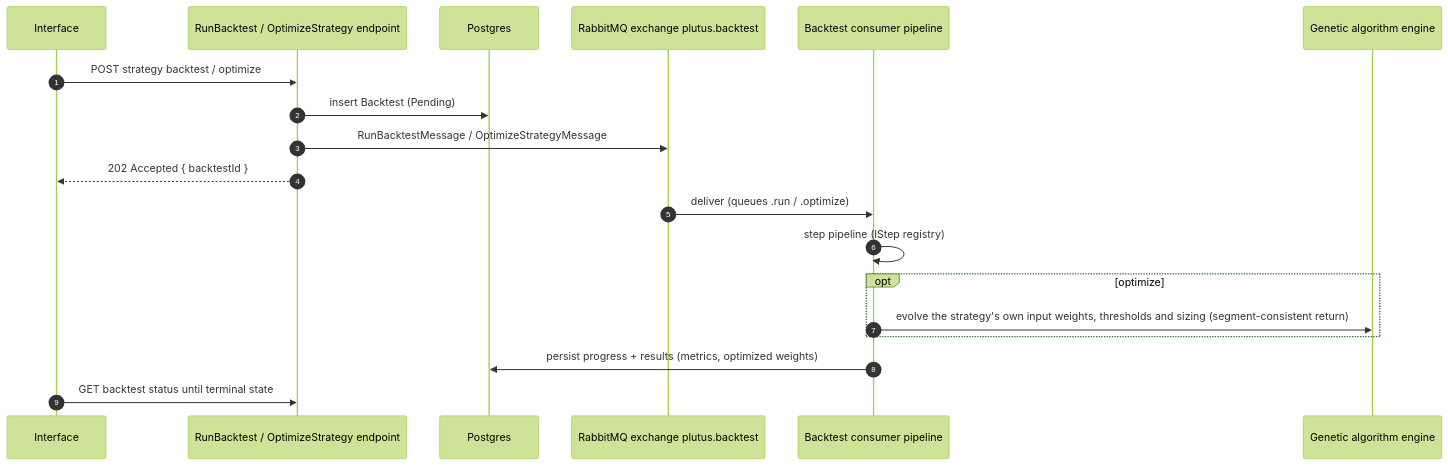
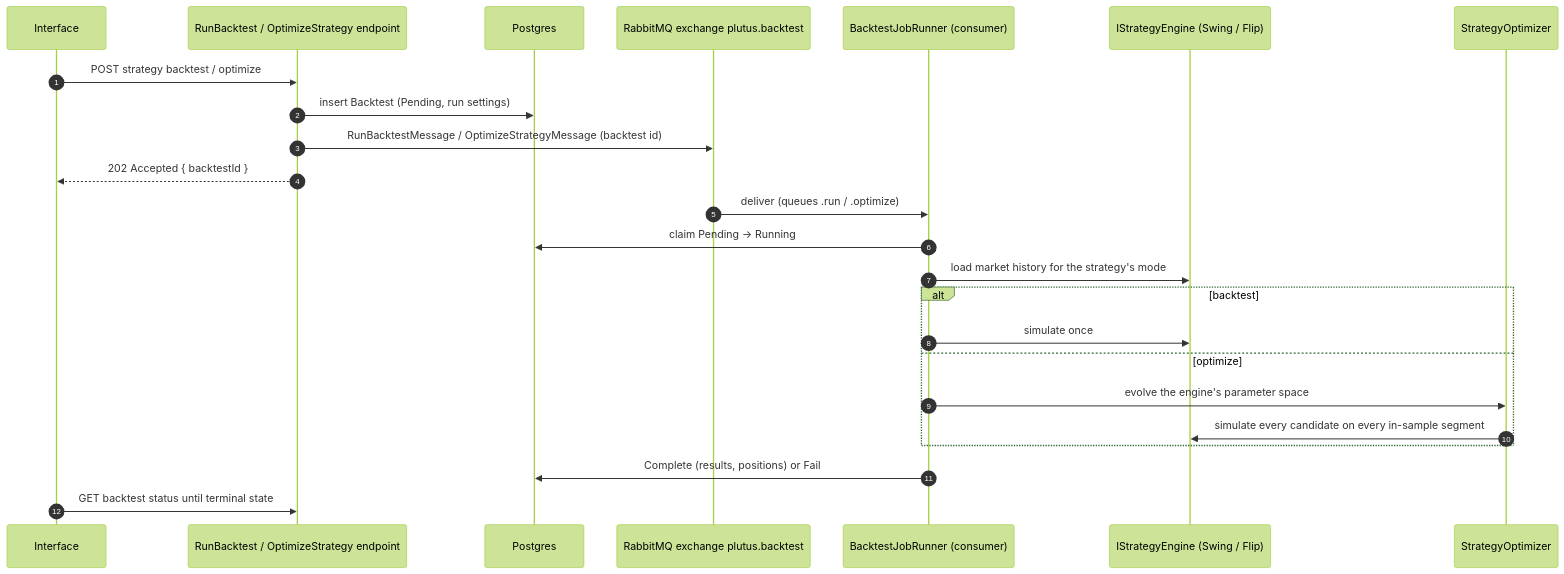
The fourth of 7 diagrams in docs/architecture/06-runtime-view.md (davwales/ouranos-pantheon), drawn with Mermaid (forest theme) before and after one commit. The commit also changed other lines of this file and 251 other files, not shown here.

````diff
--- a/docs/architecture/06-runtime-view.md
+++ b/docs/architecture/06-runtime-view.md
@@ -107,22 +107,27 @@
 ```mermaid
 sequenceDiagram
     autonumber
     participant UI as Interface
     participant EP as RunBacktest / OptimizeStrategy endpoint
     participant DB as Postgres
     participant X as RabbitMQ exchange plutus.backtest
-    participant C as Backtest consumer pipeline
-    participant GA as Genetic algorithm engine
+    participant R as BacktestJobRunner (consumer)
+    participant E as IStrategyEngine (Swing / Flip)
+    participant O as StrategyOptimizer
 
     UI ->> EP: POST strategy backtest / optimize
-    EP ->> DB: insert Backtest (Pending)
-    EP ->> X: RunBacktestMessage / OptimizeStrategyMessage
+    EP ->> DB: insert Backtest (Pending, run settings)
+    EP ->> X: RunBacktestMessage / OptimizeStrategyMessage (backtest id)
     EP -->> UI: 202 Accepted { backtestId }
-    X ->> C: deliver (queues .run / .optimize)
-    C ->> C: step pipeline (IStep registry)
-    opt optimize
-        C ->> GA: evolve the strategy's own input weights, thresholds and sizing (segment-consistent return)
+    X ->> R: deliver (queues .run / .optimize)
+    R ->> DB: claim Pending -> Running
+    R ->> E: load market history for the strategy's mode
+    alt backtest
+        R ->> E: simulate once
+    else optimize
+        R ->> O: evolve the engine's parameter space
+        O ->> E: simulate every candidate on every in-sample segment
     end
-    C ->> DB: persist progress + results (metrics, optimized weights)
+    R ->> DB: Complete (results, positions) or Fail
     UI ->> EP: GET backtest status until terminal state
 ```
````
